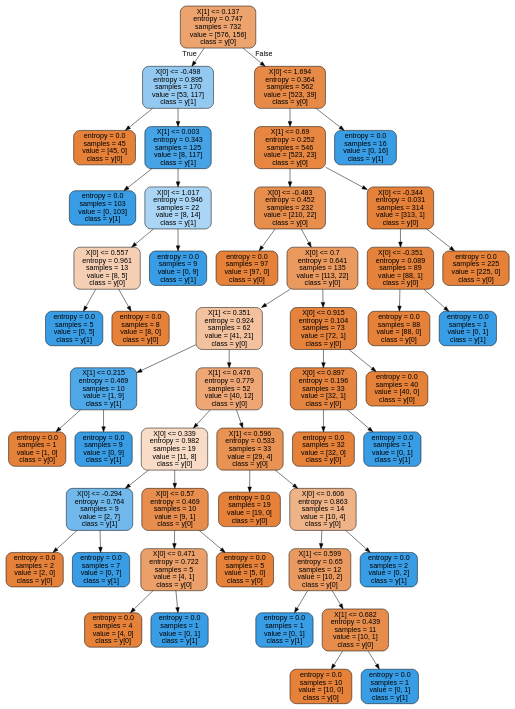
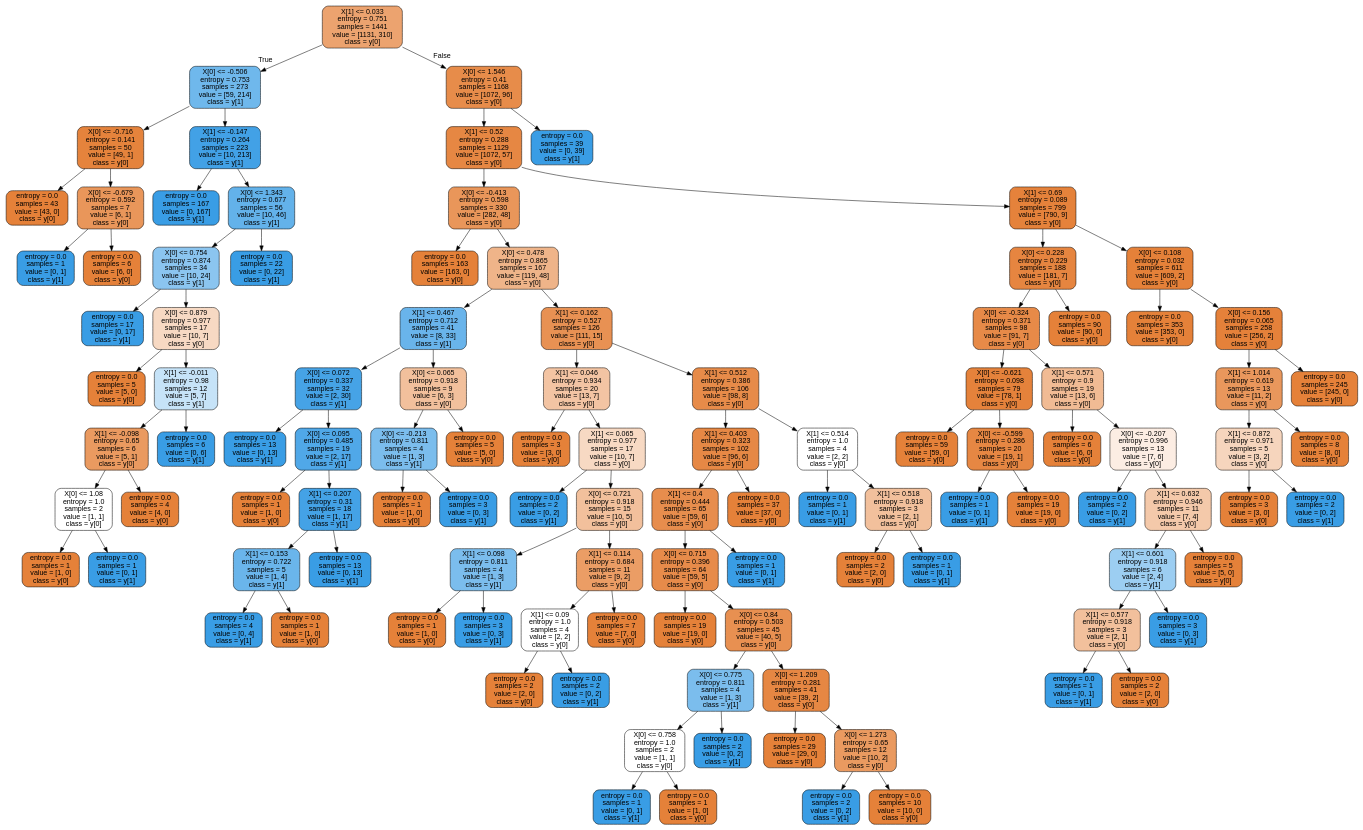
Before and after one commit to ahadimuhsin/credit-card-fraud-detection: the diagram in moon_dataset_enn.dot, drawn with Graphviz. The commit also changed 34 other files, not shown here.

```diff
--- a/moon_dataset_enn.dot
+++ b/moon_dataset_enn.dot
@@ -1,101 +1,221 @@
 digraph Tree {
 node [shape=box, style="filled, rounded", color="black", fontname=helvetica] ;
 edge [fontname=helvetica] ;
-0 [label="X[1] <= 0.137\nentropy = 0.747\nsamples = 732\nvalue = [576, 156]\nclass = y[0]", fillcolor="#e58139ba"] ;
-1 [label="X[0] <= -0.498\nentropy = 0.895\nsamples = 170\nvalue = [53, 117]\nclass = y[1]", fillcolor="#399de58b"] ;
+0 [label="X[1] <= 0.033\nentropy = 0.751\nsamples = 1441\nvalue = [1131, 310]\nclass = y[0]", fillcolor="#e58139b9"] ;
+1 [label="X[0] <= -0.506\nentropy = 0.753\nsamples = 273\nvalue = [59, 214]\nclass = y[1]", fillcolor="#399de5b9"] ;
 0 -> 1 [labeldistance=2.5, labelangle=45, headlabel="True"] ;
-2 [label="entropy = 0.0\nsamples = 45\nvalue = [45, 0]\nclass = y[0]", fillcolor="#e58139ff"] ;
+2 [label="X[0] <= -0.716\nentropy = 0.141\nsamples = 50\nvalue = [49, 1]\nclass = y[0]", fillcolor="#e58139fa"] ;
 1 -> 2 ;
-3 [label="X[1] <= 0.003\nentropy = 0.343\nsamples = 125\nvalue = [8, 117]\nclass = y[1]", fillcolor="#399de5ee"] ;
-1 -> 3 ;
-4 [label="entropy = 0.0\nsamples = 103\nvalue = [0, 103]\nclass = y[1]", fillcolor="#399de5ff"] ;
-3 -> 4 ;
-5 [label="X[0] <= 1.017\nentropy = 0.946\nsamples = 22\nvalue = [8, 14]\nclass = y[1]", fillcolor="#399de56d"] ;
-3 -> 5 ;
-6 [label="X[0] <= 0.557\nentropy = 0.961\nsamples = 13\nvalue = [8, 5]\nclass = y[0]", fillcolor="#e5813960"] ;
-5 -> 6 ;
-7 [label="entropy = 0.0\nsamples = 5\nvalue = [0, 5]\nclass = y[1]", fillcolor="#399de5ff"] ;
-6 -> 7 ;
-8 [label="entropy = 0.0\nsamples = 8\nvalue = [8, 0]\nclass = y[0]", fillcolor="#e58139ff"] ;
-6 -> 8 ;
-9 [label="entropy = 0.0\nsamples = 9\nvalue = [0, 9]\nclass = y[1]", fillcolor="#399de5ff"] ;
-5 -> 9 ;
-10 [label="X[0] <= 1.694\nentropy = 0.364\nsamples = 562\nvalue = [523, 39]\nclass = y[0]", fillcolor="#e58139ec"] ;
-0 -> 10 [labeldistance=2.5, labelangle=-45, headlabel="False"] ;
-11 [label="X[1] <= 0.69\nentropy = 0.252\nsamples = 546\nvalue = [523, 23]\nclass = y[0]", fillcolor="#e58139f4"] ;
+3 [label="entropy = 0.0\nsamples = 43\nvalue = [43, 0]\nclass = y[0]", fillcolor="#e58139ff"] ;
+2 -> 3 ;
+4 [label="X[0] <= -0.679\nentropy = 0.592\nsamples = 7\nvalue = [6, 1]\nclass = y[0]", fillcolor="#e58139d4"] ;
+2 -> 4 ;
+5 [label="entropy = 0.0\nsamples = 1\nvalue = [0, 1]\nclass = y[1]", fillcolor="#399de5ff"] ;
+4 -> 5 ;
+6 [label="entropy = 0.0\nsamples = 6\nvalue = [6, 0]\nclass = y[0]", fillcolor="#e58139ff"] ;
+4 -> 6 ;
+7 [label="X[1] <= -0.147\nentropy = 0.264\nsamples = 223\nvalue = [10, 213]\nclass = y[1]", fillcolor="#399de5f3"] ;
+1 -> 7 ;
+8 [label="entropy = 0.0\nsamples = 167\nvalue = [0, 167]\nclass = y[1]", fillcolor="#399de5ff"] ;
+7 -> 8 ;
+9 [label="X[0] <= 1.343\nentropy = 0.677\nsamples = 56\nvalue = [10, 46]\nclass = y[1]", fillcolor="#399de5c8"] ;
+7 -> 9 ;
+10 [label="X[0] <= 0.754\nentropy = 0.874\nsamples = 34\nvalue = [10, 24]\nclass = y[1]", fillcolor="#399de595"] ;
+9 -> 10 ;
+11 [label="entropy = 0.0\nsamples = 17\nvalue = [0, 17]\nclass = y[1]", fillcolor="#399de5ff"] ;
 10 -> 11 ;
-12 [label="X[0] <= -0.483\nentropy = 0.452\nsamples = 232\nvalue = [210, 22]\nclass = y[0]", fillcolor="#e58139e4"] ;
-11 -> 12 ;
-13 [label="entropy = 0.0\nsamples = 97\nvalue = [97, 0]\nclass = y[0]", fillcolor="#e58139ff"] ;
+12 [label="X[0] <= 0.879\nentropy = 0.977\nsamples = 17\nvalue = [10, 7]\nclass = y[0]", fillcolor="#e581394d"] ;
+10 -> 12 ;
+13 [label="entropy = 0.0\nsamples = 5\nvalue = [5, 0]\nclass = y[0]", fillcolor="#e58139ff"] ;
 12 -> 13 ;
-14 [label="X[0] <= 0.7\nentropy = 0.641\nsamples = 135\nvalue = [113, 22]\nclass = y[0]", fillcolor="#e58139cd"] ;
+14 [label="X[1] <= -0.011\nentropy = 0.98\nsamples = 12\nvalue = [5, 7]\nclass = y[1]", fillcolor="#399de549"] ;
 12 -> 14 ;
-15 [label="X[1] <= 0.351\nentropy = 0.924\nsamples = 62\nvalue = [41, 21]\nclass = y[0]", fillcolor="#e581397c"] ;
+15 [label="X[1] <= -0.098\nentropy = 0.65\nsamples = 6\nvalue = [5, 1]\nclass = y[0]", fillcolor="#e58139cc"] ;
 14 -> 15 ;
-16 [label="X[1] <= 0.215\nentropy = 0.469\nsamples = 10\nvalue = [1, 9]\nclass = y[1]", fillcolor="#399de5e3"] ;
+16 [label="X[0] <= 1.08\nentropy = 1.0\nsamples = 2\nvalue = [1, 1]\nclass = y[0]", fillcolor="#e5813900"] ;
 15 -> 16 ;
 17 [label="entropy = 0.0\nsamples = 1\nvalue = [1, 0]\nclass = y[0]", fillcolor="#e58139ff"] ;
 16 -> 17 ;
-18 [label="entropy = 0.0\nsamples = 9\nvalue = [0, 9]\nclass = y[1]", fillcolor="#399de5ff"] ;
+18 [label="entropy = 0.0\nsamples = 1\nvalue = [0, 1]\nclass = y[1]", fillcolor="#399de5ff"] ;
 16 -> 18 ;
-19 [label="X[1] <= 0.476\nentropy = 0.779\nsamples = 52\nvalue = [40, 12]\nclass = y[0]", fillcolor="#e58139b3"] ;
+19 [label="entropy = 0.0\nsamples = 4\nvalue = [4, 0]\nclass = y[0]", fillcolor="#e58139ff"] ;
 15 -> 19 ;
-20 [label="X[0] <= 0.339\nentropy = 0.982\nsamples = 19\nvalue = [11, 8]\nclass = y[0]", fillcolor="#e5813946"] ;
-19 -> 20 ;
-21 [label="X[0] <= -0.294\nentropy = 0.764\nsamples = 9\nvalue = [2, 7]\nclass = y[1]", fillcolor="#399de5b6"] ;
-20 -> 21 ;
-22 [label="entropy = 0.0\nsamples = 2\nvalue = [2, 0]\nclass = y[0]", fillcolor="#e58139ff"] ;
-21 -> 22 ;
-23 [label="entropy = 0.0\nsamples = 7\nvalue = [0, 7]\nclass = y[1]", fillcolor="#399de5ff"] ;
-21 -> 23 ;
-24 [label="X[0] <= 0.57\nentropy = 0.469\nsamples = 10\nvalue = [9, 1]\nclass = y[0]", fillcolor="#e58139e3"] ;
-20 -> 24 ;
-25 [label="X[0] <= 0.471\nentropy = 0.722\nsamples = 5\nvalue = [4, 1]\nclass = y[0]", fillcolor="#e58139bf"] ;
+20 [label="entropy = 0.0\nsamples = 6\nvalue = [0, 6]\nclass = y[1]", fillcolor="#399de5ff"] ;
+14 -> 20 ;
+21 [label="entropy = 0.0\nsamples = 22\nvalue = [0, 22]\nclass = y[1]", fillcolor="#399de5ff"] ;
+9 -> 21 ;
+22 [label="X[0] <= 1.546\nentropy = 0.41\nsamples = 1168\nvalue = [1072, 96]\nclass = y[0]", fillcolor="#e58139e8"] ;
+0 -> 22 [labeldistance=2.5, labelangle=-45, headlabel="False"] ;
+23 [label="X[1] <= 0.52\nentropy = 0.288\nsamples = 1129\nvalue = [1072, 57]\nclass = y[0]", fillcolor="#e58139f1"] ;
+22 -> 23 ;
+24 [label="X[0] <= -0.413\nentropy = 0.598\nsamples = 330\nvalue = [282, 48]\nclass = y[0]", fillcolor="#e58139d4"] ;
+23 -> 24 ;
+25 [label="entropy = 0.0\nsamples = 163\nvalue = [163, 0]\nclass = y[0]", fillcolor="#e58139ff"] ;
 24 -> 25 ;
-26 [label="entropy = 0.0\nsamples = 4\nvalue = [4, 0]\nclass = y[0]", fillcolor="#e58139ff"] ;
-25 -> 26 ;
-27 [label="entropy = 0.0\nsamples = 1\nvalue = [0, 1]\nclass = y[1]", fillcolor="#399de5ff"] ;
-25 -> 27 ;
-28 [label="entropy = 0.0\nsamples = 5\nvalue = [5, 0]\nclass = y[0]", fillcolor="#e58139ff"] ;
-24 -> 28 ;
-29 [label="X[1] <= 0.596\nentropy = 0.533\nsamples = 33\nvalue = [29, 4]\nclass = y[0]", fillcolor="#e58139dc"] ;
-19 -> 29 ;
-30 [label="entropy = 0.0\nsamples = 19\nvalue = [19, 0]\nclass = y[0]", fillcolor="#e58139ff"] ;
-29 -> 30 ;
-31 [label="X[0] <= 0.606\nentropy = 0.863\nsamples = 14\nvalue = [10, 4]\nclass = y[0]", fillcolor="#e5813999"] ;
-29 -> 31 ;
-32 [label="X[1] <= 0.599\nentropy = 0.65\nsamples = 12\nvalue = [10, 2]\nclass = y[0]", fillcolor="#e58139cc"] ;
-31 -> 32 ;
-33 [label="entropy = 0.0\nsamples = 1\nvalue = [0, 1]\nclass = y[1]", fillcolor="#399de5ff"] ;
+26 [label="X[0] <= 0.478\nentropy = 0.865\nsamples = 167\nvalue = [119, 48]\nclass = y[0]", fillcolor="#e5813998"] ;
+24 -> 26 ;
+27 [label="X[1] <= 0.467\nentropy = 0.712\nsamples = 41\nvalue = [8, 33]\nclass = y[1]", fillcolor="#399de5c1"] ;
+26 -> 27 ;
+28 [label="X[0] <= 0.072\nentropy = 0.337\nsamples = 32\nvalue = [2, 30]\nclass = y[1]", fillcolor="#399de5ee"] ;
+27 -> 28 ;
+29 [label="entropy = 0.0\nsamples = 13\nvalue = [0, 13]\nclass = y[1]", fillcolor="#399de5ff"] ;
+28 -> 29 ;
+30 [label="X[0] <= 0.095\nentropy = 0.485\nsamples = 19\nvalue = [2, 17]\nclass = y[1]", fillcolor="#399de5e1"] ;
+28 -> 30 ;
+31 [label="entropy = 0.0\nsamples = 1\nvalue = [1, 0]\nclass = y[0]", fillcolor="#e58139ff"] ;
+30 -> 31 ;
+32 [label="X[1] <= 0.207\nentropy = 0.31\nsamples = 18\nvalue = [1, 17]\nclass = y[1]", fillcolor="#399de5f0"] ;
+30 -> 32 ;
+33 [label="X[1] <= 0.153\nentropy = 0.722\nsamples = 5\nvalue = [1, 4]\nclass = y[1]", fillcolor="#399de5bf"] ;
 32 -> 33 ;
-34 [label="X[1] <= 0.682\nentropy = 0.439\nsamples = 11\nvalue = [10, 1]\nclass = y[0]", fillcolor="#e58139e6"] ;
-32 -> 34 ;
-35 [label="entropy = 0.0\nsamples = 10\nvalue = [10, 0]\nclass = y[0]", fillcolor="#e58139ff"] ;
-34 -> 35 ;
-36 [label="entropy = 0.0\nsamples = 1\nvalue = [0, 1]\nclass = y[1]", fillcolor="#399de5ff"] ;
-34 -> 36 ;
-37 [label="entropy = 0.0\nsamples = 2\nvalue = [0, 2]\nclass = y[1]", fillcolor="#399de5ff"] ;
-31 -> 37 ;
-38 [label="X[0] <= 0.915\nentropy = 0.104\nsamples = 73\nvalue = [72, 1]\nclass = y[0]", fillcolor="#e58139fb"] ;
-14 -> 38 ;
-39 [label="X[0] <= 0.897\nentropy = 0.196\nsamples = 33\nvalue = [32, 1]\nclass = y[0]", fillcolor="#e58139f7"] ;
+34 [label="entropy = 0.0\nsamples = 4\nvalue = [0, 4]\nclass = y[1]", fillcolor="#399de5ff"] ;
+33 -> 34 ;
+35 [label="entropy = 0.0\nsamples = 1\nvalue = [1, 0]\nclass = y[0]", fillcolor="#e58139ff"] ;
+33 -> 35 ;
+36 [label="entropy = 0.0\nsamples = 13\nvalue = [0, 13]\nclass = y[1]", fillcolor="#399de5ff"] ;
+32 -> 36 ;
+37 [label="X[0] <= 0.065\nentropy = 0.918\nsamples = 9\nvalue = [6, 3]\nclass = y[0]", fillcolor="#e581397f"] ;
+27 -> 37 ;
+38 [label="X[0] <= -0.213\nentropy = 0.811\nsamples = 4\nvalue = [1, 3]\nclass = y[1]", fillcolor="#399de5aa"] ;
+37 -> 38 ;
+39 [label="entropy = 0.0\nsamples = 1\nvalue = [1, 0]\nclass = y[0]", fillcolor="#e58139ff"] ;
 38 -> 39 ;
-40 [label="entropy = 0.0\nsamples = 32\nvalue = [32, 0]\nclass = y[0]", fillcolor="#e58139ff"] ;
-39 -> 40 ;
-41 [label="entropy = 0.0\nsamples = 1\nvalue = [0, 1]\nclass = y[1]", fillcolor="#399de5ff"] ;
-39 -> 41 ;
-42 [label="entropy = 0.0\nsamples = 40\nvalue = [40, 0]\nclass = y[0]", fillcolor="#e58139ff"] ;
-38 -> 42 ;
-43 [label="X[0] <= -0.344\nentropy = 0.031\nsamples = 314\nvalue = [313, 1]\nclass = y[0]", fillcolor="#e58139fe"] ;
-11 -> 43 ;
-44 [label="X[0] <= -0.351\nentropy = 0.089\nsamples = 89\nvalue = [88, 1]\nclass = y[0]", fillcolor="#e58139fc"] ;
+40 [label="entropy = 0.0\nsamples = 3\nvalue = [0, 3]\nclass = y[1]", fillcolor="#399de5ff"] ;
+38 -> 40 ;
+41 [label="entropy = 0.0\nsamples = 5\nvalue = [5, 0]\nclass = y[0]", fillcolor="#e58139ff"] ;
+37 -> 41 ;
+42 [label="X[1] <= 0.162\nentropy = 0.527\nsamples = 126\nvalue = [111, 15]\nclass = y[0]", fillcolor="#e58139dd"] ;
+26 -> 42 ;
+43 [label="X[1] <= 0.046\nentropy = 0.934\nsamples = 20\nvalue = [13, 7]\nclass = y[0]", fillcolor="#e5813976"] ;
+42 -> 43 ;
+44 [label="entropy = 0.0\nsamples = 3\nvalue = [3, 0]\nclass = y[0]", fillcolor="#e58139ff"] ;
 43 -> 44 ;
-45 [label="entropy = 0.0\nsamples = 88\nvalue = [88, 0]\nclass = y[0]", fillcolor="#e58139ff"] ;
-44 -> 45 ;
-46 [label="entropy = 0.0\nsamples = 1\nvalue = [0, 1]\nclass = y[1]", fillcolor="#399de5ff"] ;
-44 -> 46 ;
-47 [label="entropy = 0.0\nsamples = 225\nvalue = [225, 0]\nclass = y[0]", fillcolor="#e58139ff"] ;
-43 -> 47 ;
-48 [label="entropy = 0.0\nsamples = 16\nvalue = [0, 16]\nclass = y[1]", fillcolor="#399de5ff"] ;
-10 -> 48 ;
+45 [label="X[1] <= 0.065\nentropy = 0.977\nsamples = 17\nvalue = [10, 7]\nclass = y[0]", fillcolor="#e581394d"] ;
+43 -> 45 ;
+46 [label="entropy = 0.0\nsamples = 2\nvalue = [0, 2]\nclass = y[1]", fillcolor="#399de5ff"] ;
+45 -> 46 ;
+47 [label="X[0] <= 0.721\nentropy = 0.918\nsamples = 15\nvalue = [10, 5]\nclass = y[0]", fillcolor="#e581397f"] ;
+45 -> 47 ;
+48 [label="X[1] <= 0.098\nentropy = 0.811\nsamples = 4\nvalue = [1, 3]\nclass = y[1]", fillcolor="#399de5aa"] ;
+47 -> 48 ;
+49 [label="entropy = 0.0\nsamples = 1\nvalue = [1, 0]\nclass = y[0]", fillcolor="#e58139ff"] ;
+48 -> 49 ;
+50 [label="entropy = 0.0\nsamples = 3\nvalue = [0, 3]\nclass = y[1]", fillcolor="#399de5ff"] ;
+48 -> 50 ;
+51 [label="X[1] <= 0.114\nentropy = 0.684\nsamples = 11\nvalue = [9, 2]\nclass = y[0]", fillcolor="#e58139c6"] ;
+47 -> 51 ;
+52 [label="X[1] <= 0.09\nentropy = 1.0\nsamples = 4\nvalue = [2, 2]\nclass = y[0]", fillcolor="#e5813900"] ;
+51 -> 52 ;
+53 [label="entropy = 0.0\nsamples = 2\nvalue = [2, 0]\nclass = y[0]", fillcolor="#e58139ff"] ;
+52 -> 53 ;
+54 [label="entropy = 0.0\nsamples = 2\nvalue = [0, 2]\nclass = y[1]", fillcolor="#399de5ff"] ;
+52 -> 54 ;
+55 [label="entropy = 0.0\nsamples = 7\nvalue = [7, 0]\nclass = y[0]", fillcolor="#e58139ff"] ;
+51 -> 55 ;
+56 [label="X[1] <= 0.512\nentropy = 0.386\nsamples = 106\nvalue = [98, 8]\nclass = y[0]", fillcolor="#e58139ea"] ;
+42 -> 56 ;
+57 [label="X[1] <= 0.403\nentropy = 0.323\nsamples = 102\nvalue = [96, 6]\nclass = y[0]", fillcolor="#e58139ef"] ;
+56 -> 57 ;
+58 [label="X[1] <= 0.4\nentropy = 0.444\nsamples = 65\nvalue = [59, 6]\nclass = y[0]", fillcolor="#e58139e5"] ;
+57 -> 58 ;
+59 [label="X[0] <= 0.715\nentropy = 0.396\nsamples = 64\nvalue = [59, 5]\nclass = y[0]", fillcolor="#e58139e9"] ;
+58 -> 59 ;
+60 [label="entropy = 0.0\nsamples = 19\nvalue = [19, 0]\nclass = y[0]", fillcolor="#e58139ff"] ;
+59 -> 60 ;
+61 [label="X[0] <= 0.84\nentropy = 0.503\nsamples = 45\nvalue = [40, 5]\nclass = y[0]", fillcolor="#e58139df"] ;
+59 -> 61 ;
+62 [label="X[0] <= 0.775\nentropy = 0.811\nsamples = 4\nvalue = [1, 3]\nclass = y[1]", fillcolor="#399de5aa"] ;
+61 -> 62 ;
+63 [label="X[0] <= 0.758\nentropy = 1.0\nsamples = 2\nvalue = [1, 1]\nclass = y[0]", fillcolor="#e5813900"] ;
+62 -> 63 ;
+64 [label="entropy = 0.0\nsamples = 1\nvalue = [0, 1]\nclass = y[1]", fillcolor="#399de5ff"] ;
+63 -> 64 ;
+65 [label="entropy = 0.0\nsamples = 1\nvalue = [1, 0]\nclass = y[0]", fillcolor="#e58139ff"] ;
+63 -> 65 ;
+66 [label="entropy = 0.0\nsamples = 2\nvalue = [0, 2]\nclass = y[1]", fillcolor="#399de5ff"] ;
+62 -> 66 ;
+67 [label="X[0] <= 1.209\nentropy = 0.281\nsamples = 41\nvalue = [39, 2]\nclass = y[0]", fillcolor="#e58139f2"] ;
+61 -> 67 ;
+68 [label="entropy = 0.0\nsamples = 29\nvalue = [29, 0]\nclass = y[0]", fillcolor="#e58139ff"] ;
+67 -> 68 ;
+69 [label="X[0] <= 1.273\nentropy = 0.65\nsamples = 12\nvalue = [10, 2]\nclass = y[0]", fillcolor="#e58139cc"] ;
+67 -> 69 ;
+70 [label="entropy = 0.0\nsamples = 2\nvalue = [0, 2]\nclass = y[1]", fillcolor="#399de5ff"] ;
+69 -> 70 ;
+71 [label="entropy = 0.0\nsamples = 10\nvalue = [10, 0]\nclass = y[0]", fillcolor="#e58139ff"] ;
+69 -> 71 ;
+72 [label="entropy = 0.0\nsamples = 1\nvalue = [0, 1]\nclass = y[1]", fillcolor="#399de5ff"] ;
+58 -> 72 ;
+73 [label="entropy = 0.0\nsamples = 37\nvalue = [37, 0]\nclass = y[0]", fillcolor="#e58139ff"] ;
+57 -> 73 ;
+74 [label="X[1] <= 0.514\nentropy = 1.0\nsamples = 4\nvalue = [2, 2]\nclass = y[0]", fillcolor="#e5813900"] ;
+56 -> 74 ;
+75 [label="entropy = 0.0\nsamples = 1\nvalue = [0, 1]\nclass = y[1]", fillcolor="#399de5ff"] ;
+74 -> 75 ;
+76 [label="X[1] <= 0.518\nentropy = 0.918\nsamples = 3\nvalue = [2, 1]\nclass = y[0]", fillcolor="#e581397f"] ;
+74 -> 76 ;
+77 [label="entropy = 0.0\nsamples = 2\nvalue = [2, 0]\nclass = y[0]", fillcolor="#e58139ff"] ;
+76 -> 77 ;
+78 [label="entropy = 0.0\nsamples = 1\nvalue = [0, 1]\nclass = y[1]", fillcolor="#399de5ff"] ;
+76 -> 78 ;
+79 [label="X[1] <= 0.69\nentropy = 0.089\nsamples = 799\nvalue = [790, 9]\nclass = y[0]", fillcolor="#e58139fc"] ;
+23 -> 79 ;
+80 [label="X[0] <= 0.228\nentropy = 0.229\nsamples = 188\nvalue = [181, 7]\nclass = y[0]", fillcolor="#e58139f5"] ;
+79 -> 80 ;
+81 [label="X[0] <= -0.324\nentropy = 0.371\nsamples = 98\nvalue = [91, 7]\nclass = y[0]", fillcolor="#e58139eb"] ;
+80 -> 81 ;
+82 [label="X[0] <= -0.621\nentropy = 0.098\nsamples = 79\nvalue = [78, 1]\nclass = y[0]", fillcolor="#e58139fc"] ;
+81 -> 82 ;
+83 [label="entropy = 0.0\nsamples = 59\nvalue = [59, 0]\nclass = y[0]", fillcolor="#e58139ff"] ;
+82 -> 83 ;
+84 [label="X[0] <= -0.599\nentropy = 0.286\nsamples = 20\nvalue = [19, 1]\nclass = y[0]", fillcolor="#e58139f2"] ;
+82 -> 84 ;
+85 [label="entropy = 0.0\nsamples = 1\nvalue = [0, 1]\nclass = y[1]", fillcolor="#399de5ff"] ;
+84 -> 85 ;
+86 [label="entropy = 0.0\nsamples = 19\nvalue = [19, 0]\nclass = y[0]", fillcolor="#e58139ff"] ;
+84 -> 86 ;
+87 [label="X[1] <= 0.571\nentropy = 0.9\nsamples = 19\nvalue = [13, 6]\nclass = y[0]", fillcolor="#e5813989"] ;
+81 -> 87 ;
+88 [label="entropy = 0.0\nsamples = 6\nvalue = [6, 0]\nclass = y[0]", fillcolor="#e58139ff"] ;
+87 -> 88 ;
+89 [label="X[0] <= -0.207\nentropy = 0.996\nsamples = 13\nvalue = [7, 6]\nclass = y[0]", fillcolor="#e5813924"] ;
+87 -> 89 ;
+90 [label="entropy = 0.0\nsamples = 2\nvalue = [0, 2]\nclass = y[1]", fillcolor="#399de5ff"] ;
+89 -> 90 ;
+91 [label="X[1] <= 0.632\nentropy = 0.946\nsamples = 11\nvalue = [7, 4]\nclass = y[0]", fillcolor="#e581396d"] ;
+89 -> 91 ;
+92 [label="X[1] <= 0.601\nentropy = 0.918\nsamples = 6\nvalue = [2, 4]\nclass = y[1]", fillcolor="#399de57f"] ;
+91 -> 92 ;
+93 [label="X[1] <= 0.577\nentropy = 0.918\nsamples = 3\nvalue = [2, 1]\nclass = y[0]", fillcolor="#e581397f"] ;
+92 -> 93 ;
+94 [label="entropy = 0.0\nsamples = 1\nvalue = [0, 1]\nclass = y[1]", fillcolor="#399de5ff"] ;
+93 -> 94 ;
+95 [label="entropy = 0.0\nsamples = 2\nvalue = [2, 0]\nclass = y[0]", fillcolor="#e58139ff"] ;
+93 -> 95 ;
+96 [label="entropy = 0.0\nsamples = 3\nvalue = [0, 3]\nclass = y[1]", fillcolor="#399de5ff"] ;
+92 -> 96 ;
+97 [label="entropy = 0.0\nsamples = 5\nvalue = [5, 0]\nclass = y[0]", fillcolor="#e58139ff"] ;
+91 -> 97 ;
+98 [label="entropy = 0.0\nsamples = 90\nvalue = [90, 0]\nclass = y[0]", fillcolor="#e58139ff"] ;
+80 -> 98 ;
+99 [label="X[0] <= 0.108\nentropy = 0.032\nsamples = 611\nvalue = [609, 2]\nclass = y[0]", fillcolor="#e58139fe"] ;
+79 -> 99 ;
+100 [label="entropy = 0.0\nsamples = 353\nvalue = [353, 0]\nclass = y[0]", fillcolor="#e58139ff"] ;
+99 -> 100 ;
+101 [label="X[0] <= 0.156\nentropy = 0.065\nsamples = 258\nvalue = [256, 2]\nclass = y[0]", fillcolor="#e58139fd"] ;
+99 -> 101 ;
+102 [label="X[1] <= 1.014\nentropy = 0.619\nsamples = 13\nvalue = [11, 2]\nclass = y[0]", fillcolor="#e58139d1"] ;
+101 -> 102 ;
+103 [label="X[1] <= 0.872\nentropy = 0.971\nsamples = 5\nvalue = [3, 2]\nclass = y[0]", fillcolor="#e5813955"] ;
+102 -> 103 ;
+104 [label="entropy = 0.0\nsamples = 3\nvalue = [3, 0]\nclass = y[0]", fillcolor="#e58139ff"] ;
+103 -> 104 ;
+105 [label="entropy = 0.0\nsamples = 2\nvalue = [0, 2]\nclass = y[1]", fillcolor="#399de5ff"] ;
+103 -> 105 ;
+106 [label="entropy = 0.0\nsamples = 8\nvalue = [8, 0]\nclass = y[0]", fillcolor="#e58139ff"] ;
+102 -> 106 ;
+107 [label="entropy = 0.0\nsamples = 245\nvalue = [245, 0]\nclass = y[0]", fillcolor="#e58139ff"] ;
+101 -> 107 ;
+108 [label="entropy = 0.0\nsamples = 39\nvalue = [0, 39]\nclass = y[1]", fillcolor="#399de5ff"] ;
+22 -> 108 ;
 }
```
